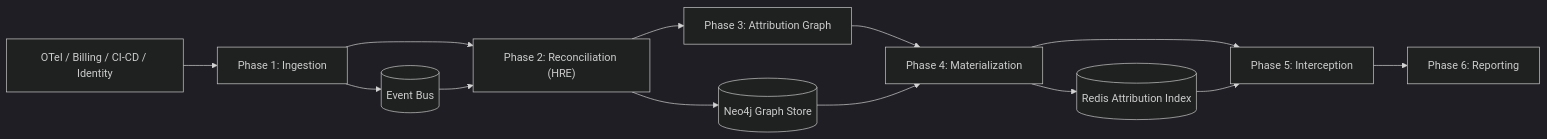
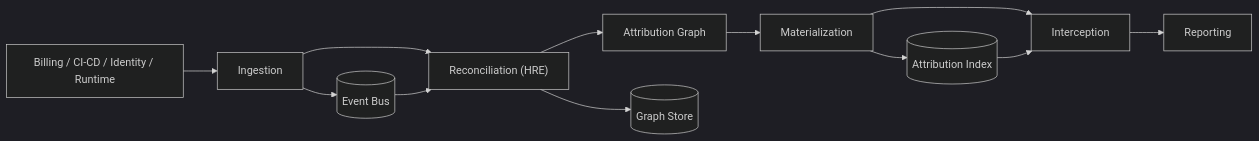
One commit to richardcmckinney/ai-compute-intelligence changed the diagram in README.md. Above: the diagram before and after it, drawn with Mermaid (dark theme). The commit also changed other lines of this file and 83 other files, not shown here.

````diff
--- a/README.md
+++ b/README.md
@@ -30,16 +111,15 @@
 ```mermaid
 flowchart LR
-  A["Phase 1: Ingestion"] --> B["Phase 2: Reconciliation (HRE)"]
-  B --> C["Phase 3: Attribution Graph"]
-  C --> D["Phase 4: Materialization"]
-  D --> E["Phase 5: Interception"]
-  E --> F["Phase 6: Reporting"]
+  A["Ingestion"] --> B["Reconciliation (HRE)"]
+  B --> C["Attribution Graph"]
+  C --> D["Materialization"]
+  D --> E["Interception"]
+  E --> F["Reporting"]
 
-  A1["OTel / Billing / CI-CD / Identity"] --> A
+  S["Billing / CI-CD / Identity / Runtime"] --> A
   A --> K[("Event Bus")]
   K --> B
-  B --> G[("Neo4j Graph Store")]
-  G --> D
-  D --> R[("Redis Attribution Index")]
+  B --> G[("Graph Store")]
+  D --> R[("Attribution Index")]
   R --> E
 ```
````
